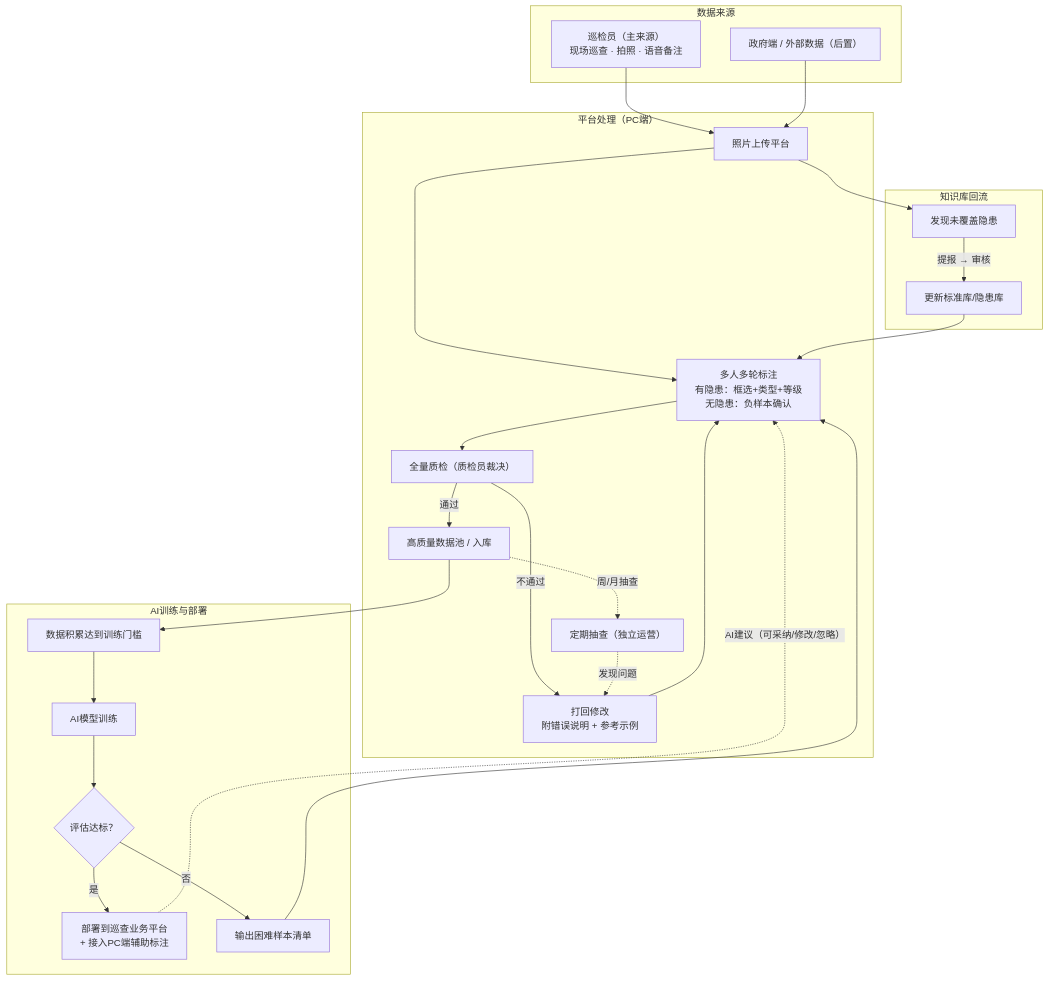
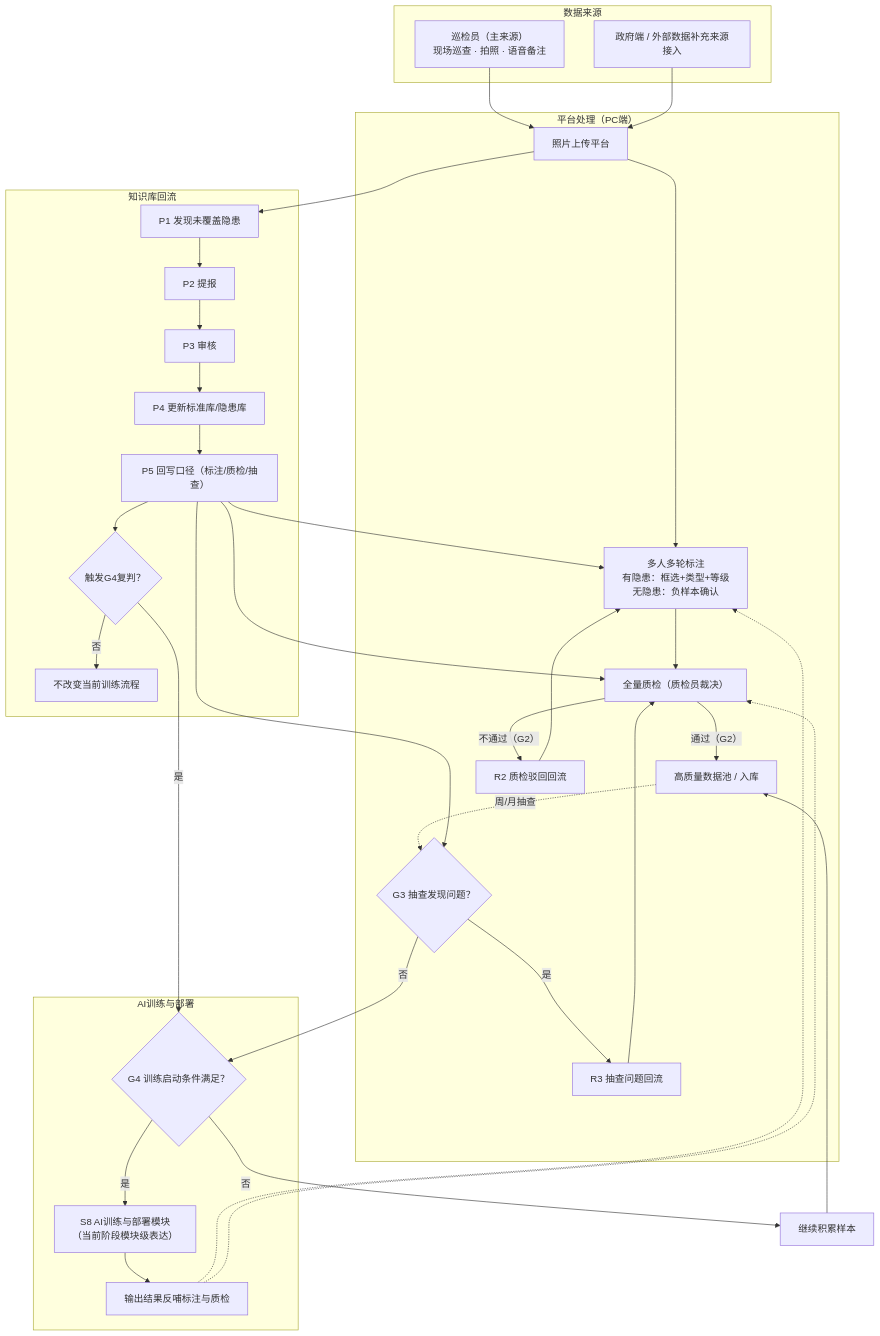
One commit to zhudan930612/Data-governance changed the diagram in 数据治理平台业务流程总览表-Mermaid.md. Above: the diagram before and after it, drawn with Mermaid.

````diff
--- a/数据治理平台业务流程总览表-Mermaid.md
+++ b/数据治理平台业务流程总览表-Mermaid.md
@@ -3,37 +3,46 @@
 ```mermaid
 flowchart TD
     subgraph SRC ["数据来源"]
         A1["巡检员（主来源）<br/>现场巡查 · 拍照 · 语音备注"]
-        A2["政府端 / 外部数据（后置）"]
+        A2["政府端 / 外部数据补充来源接入"]
     end
 
     A1 --> B["照片上传平台"]
     A2 --> B
 
     subgraph PLT ["平台处理（PC端）"]
         B --> E["多人多轮标注<br/>有隐患：框选+类型+等级<br/>无隐患：负样本确认"]
         E --> G["全量质检（质检员裁决）"]
-        G -->|"通过"| H["高质量数据池 / 入库"]
-        G -->|"不通过"| I["打回修改<br/>附错误说明 + 参考示例"]
-        I --> E
-        H -.->|"周/月抽查"| P["定期抽查（独立运营）"]
-        P -.->|"发现问题"| I
+        G -->|"通过（G2）"| H["高质量数据池 / 入库"]
+        G -->|"不通过（G2）"| R2["R2 质检驳回回流"]
+        R2 --> E
+        H -.->|"周/月抽查"| G3{"G3 抽查发现问题？"}
+        G3 -->|"是"| R3["R3 抽查问题回流"]
+        R3 --> G
     end
 
-    H --> J
+    G3 -->|"否"| G4{"G4 训练启动条件满足？"}
+    G4 -->|"否"| ACC["继续积累样本"]
+    ACC --> H
 
     subgraph AIT ["AI训练与部署"]
-        J["数据积累达到训练门槛"] --> K["AI模型训练"]
-        K --> L{评估达标？}
-        L -->|"是"| M["部署到巡查业务平台<br/>+ 接入PC端辅助标注"]
-        L -->|"否"| N["输出困难样本清单"]
-        N --> E
-        M -.->|"AI建议（可采纳/修改/忽略）"| E
+        G4 -->|"是"| M["S8 AI训练与部署模块<br/>（当前阶段模块级表达）"]
+        M --> F["输出结果反哺标注与质检"]
+        F -.-> E
+        F -.-> G
     end
 
     subgraph LOOP ["知识库回流"]
-        B --> U["发现未覆盖隐患"]
-        U -->|"提报 → 审核"| X["更新标准库/隐患库"]
-        X --> E
+        B --> U["P1 发现未覆盖隐患"]
+        U --> V["P2 提报"]
+        V --> W["P3 审核"]
+        W --> X["P4 更新标准库/隐患库"]
+        X --> Y["P5 回写口径（标注/质检/抽查）"]
+        Y --> E
+        Y --> G
+        Y --> G3
+        Y --> KG4{"触发G4复判？"}
+        KG4 -->|"是"| G4
+        KG4 -->|"否"| Z["不改变当前训练流程"]
     end
 ```
````
